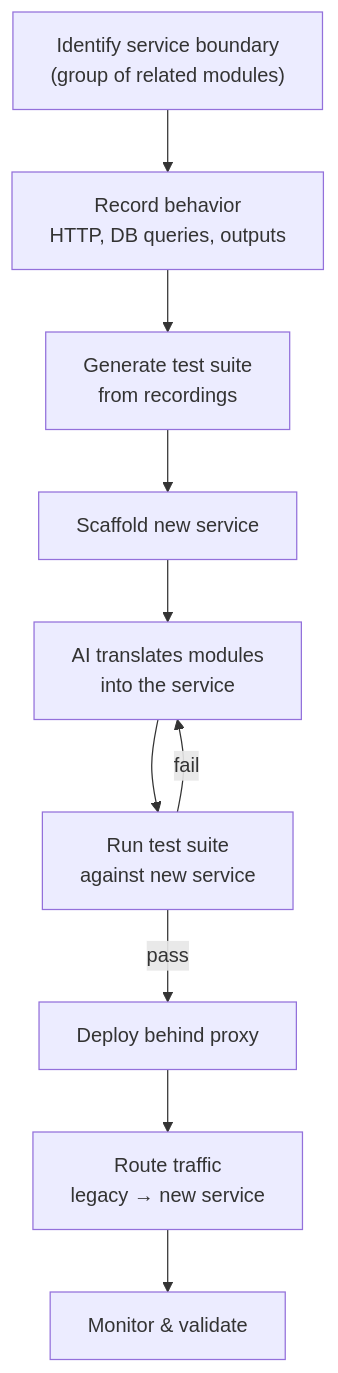
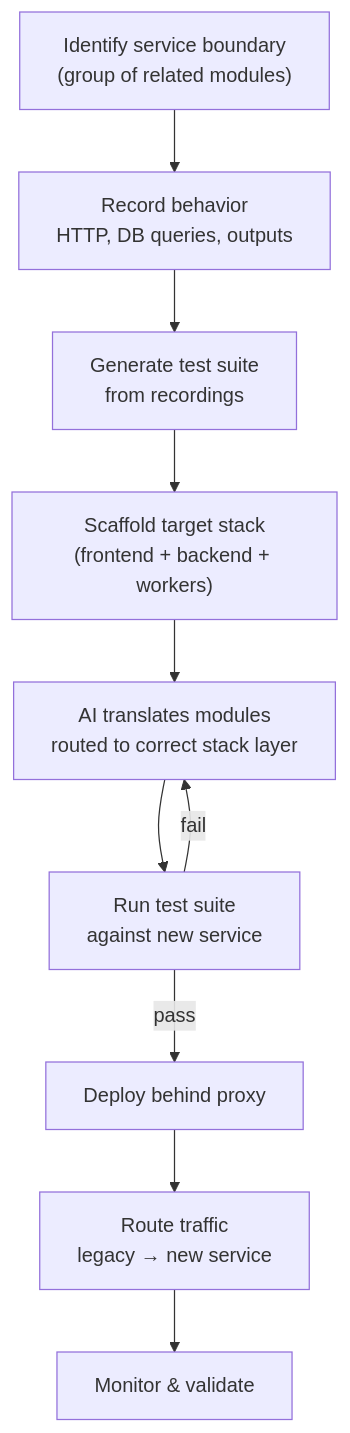
The ninth of 19 diagrams in DESIGN.md (koustubh25/scratchpad), drawn with Mermaid before and after one commit. The commit also changed other lines of this file, not shown here.

````diff
--- a/DESIGN.md
+++ b/DESIGN.md
@@ -318,12 +416,12 @@
 ```mermaid
 flowchart TD
     S1["Identify service boundary\n(group of related modules)"] --> S2["Record behavior\nHTTP, DB queries, outputs"]
     S2 --> S3["Generate test suite\nfrom recordings"]
-    S3 --> S4["Scaffold new service"]
-    S4 --> S5["AI translates modules\ninto the service"]
+    S3 --> S4["Scaffold target stack\n(frontend + backend + workers)"]
+    S4 --> S5["AI translates modules\nrouted to correct stack layer"]
     S5 --> S6["Run test suite\nagainst new service"]
     S6 -->|pass| S7["Deploy behind proxy"]
     S6 -->|fail| S5
     S7 --> S8["Route traffic\nlegacy → new service"]
     S8 --> S9["Monitor & validate"]
 ```
````
